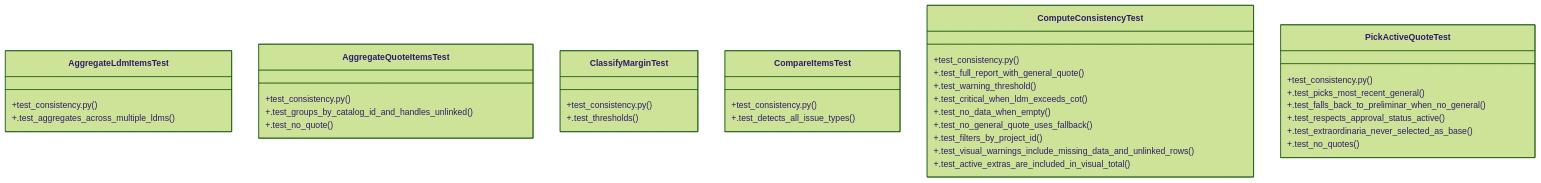
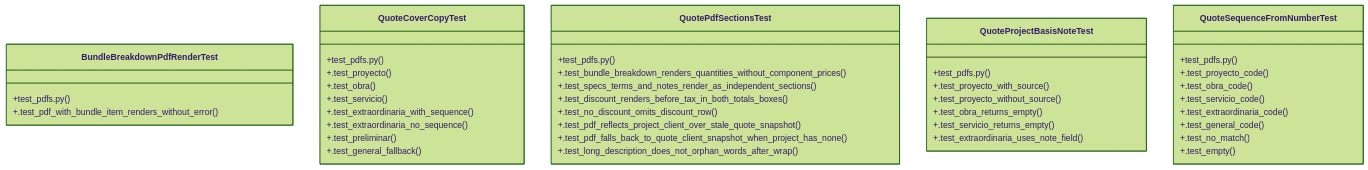
One commit to Daftrick/ProjectTracker changed the diagram in graphify-out/wiki/Community_8.md. Above: the diagram before and after it, drawn with Mermaid (forest theme). The commit also changed other lines of this file and 414 other files, not shown here.

First line of the commit message:
fix: fecha dd-mm-aa en PDF de LDM; refresca project_name en cotización al editar

````diff
--- a/graphify-out/wiki/Community_8.md
+++ b/graphify-out/wiki/Community_8.md
@@ -36,39 +36,45 @@
 ```mermaid
 classDiagram
-    class AggregateLdmItemsTest {
-        +test_consistency.py()
-        +.test_aggregates_across_multiple_ldms()
+    class BundleBreakdownPdfRenderTest {
+        +test_pdfs.py()
+        +.test_pdf_with_bundle_item_renders_without_error()
     }
-    class AggregateQuoteItemsTest {
-        +test_consistency.py()
-        +.test_groups_by_catalog_id_and_handles_unlinked()
-        +.test_no_quote()
+    class QuoteCoverCopyTest {
+        +test_pdfs.py()
+        +.test_proyecto()
+        +.test_obra()
+        +.test_servicio()
+        +.test_extraordinaria_with_sequence()
+        +.test_extraordinaria_no_sequence()
+        +.test_preliminar()
+        +.test_general_fallback()
     }
-    class ClassifyMarginTest {
-        +test_consistency.py()
-        +.test_thresholds()
+    class QuotePdfSectionsTest {
+        +test_pdfs.py()
+        +.test_bundle_breakdown_renders_quantities_without_component_prices()
+        +.test_specs_terms_and_notes_render_as_independent_sections()
+        +.test_discount_renders_before_tax_in_both_totals_boxes()
+        +.test_no_discount_omits_discount_row()
+        +.test_pdf_reflects_project_client_over_stale_quote_snapshot()
+        +.test_pdf_falls_back_to_quote_client_snapshot_when_project_has_none()
+        +.test_long_description_does_not_orphan_words_after_wrap()
     }
-    class CompareItemsTest {
-        +test_consistency.py()
-        +.test_detects_all_issue_types()
+    class QuoteProjectBasisNoteTest {
+        +test_pdfs.py()
+        +.test_proyecto_with_source()
+        +.test_proyecto_without_source()
+        +.test_obra_returns_empty()
+        +.test_servicio_returns_empty()
+        +.test_extraordinaria_uses_note_field()
     }
-    class ComputeConsistencyTest {
-        +test_consistency.py()
-        +.test_full_report_with_general_quote()
-        +.test_warning_threshold()
-        +.test_critical_when_ldm_exceeds_cot()
-        +.test_no_data_when_empty()
-        +.test_no_general_quote_uses_fallback()
-        +.test_filters_by_project_id()
-        +.test_visual_warnings_include_missing_data_and_unlinked_rows()
-        +.test_active_extras_are_included_in_visual_total()
-    }
-    class PickActiveQuoteTest {
-        +test_consistency.py()
-        +.test_picks_most_recent_general()
-        +.test_falls_back_to_preliminar_when_no_general()
-        +.test_respects_approval_status_active()
-        +.test_extraordinaria_never_selected_as_base()
-        +.test_no_quotes()
+    class QuoteSequenceFromNumberTest {
+        +test_pdfs.py()
+        +.test_proyecto_code()
+        +.test_obra_code()
+        +.test_servicio_code()
+        +.test_extraordinaria_code()
+        +.test_general_code()
+        +.test_no_match()
+        +.test_empty()
     }
 ```
````
